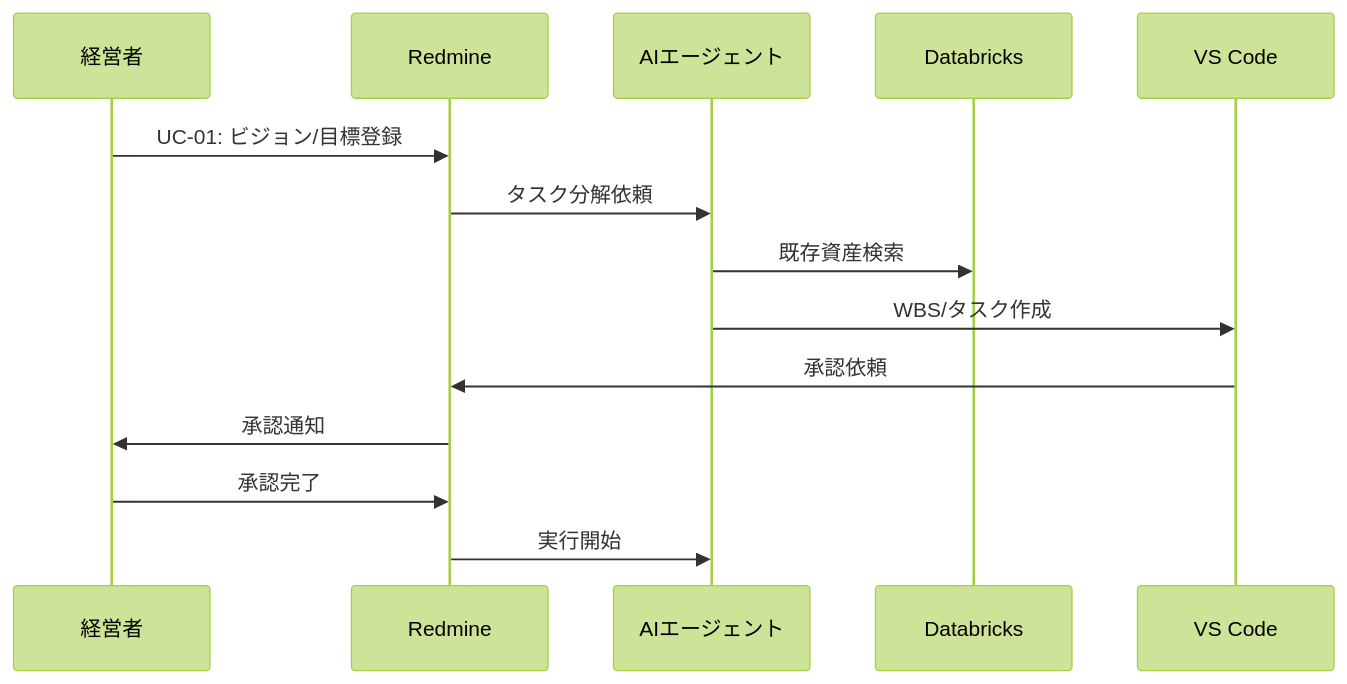
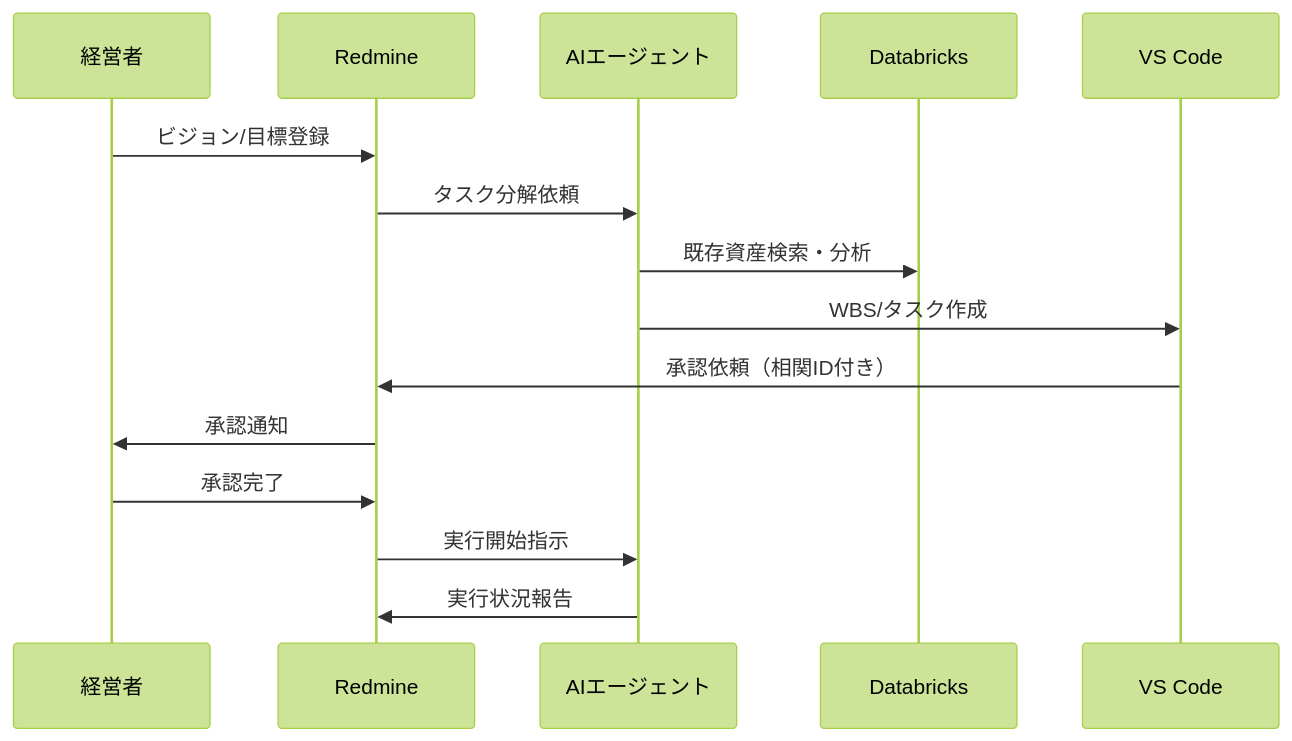
One commit to daichiTAAA/AgentOpsPlatform changed the fifth of 33 diagrams in docs/02000_要件定義/02100_要件定義書.md. Above: the diagram before and after it, drawn with Mermaid (forest theme). The commit also changed other lines of this file, not shown here.

````diff
--- a/docs/02000_要件定義/02100_要件定義書.md
+++ b/docs/02000_要件定義/02100_要件定義書.md
@@ -127,17 +143,18 @@
 ```mermaid
 sequenceDiagram
     participant E as 経営者
     participant R as Redmine
     participant A as AIエージェント
     participant D as Databricks
     participant V as VS Code
     
-    E->>R: UC-01: ビジョン/目標登録
+    E->>R: ビジョン/目標登録
     R->>A: タスク分解依頼
-    A->>D: 既存資産検索
+    A->>D: 既存資産検索・分析
     A->>V: WBS/タスク作成
-    V->>R: 承認依頼
+    V->>R: 承認依頼（相関ID付き）
     R->>E: 承認通知
     E->>R: 承認完了
-    R->>A: 実行開始
+    R->>A: 実行開始指示
+    A->>R: 実行状況報告
 ```
````
